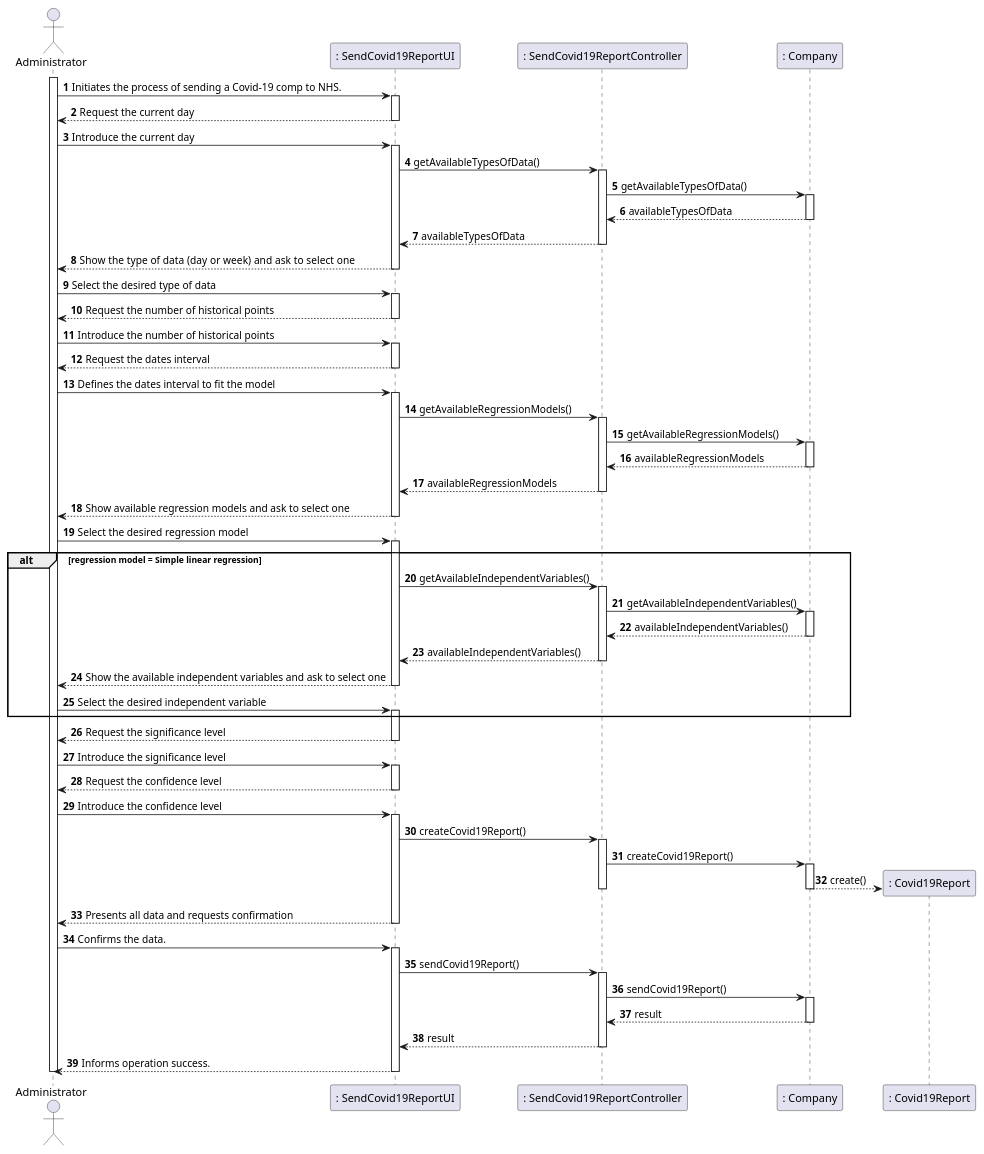
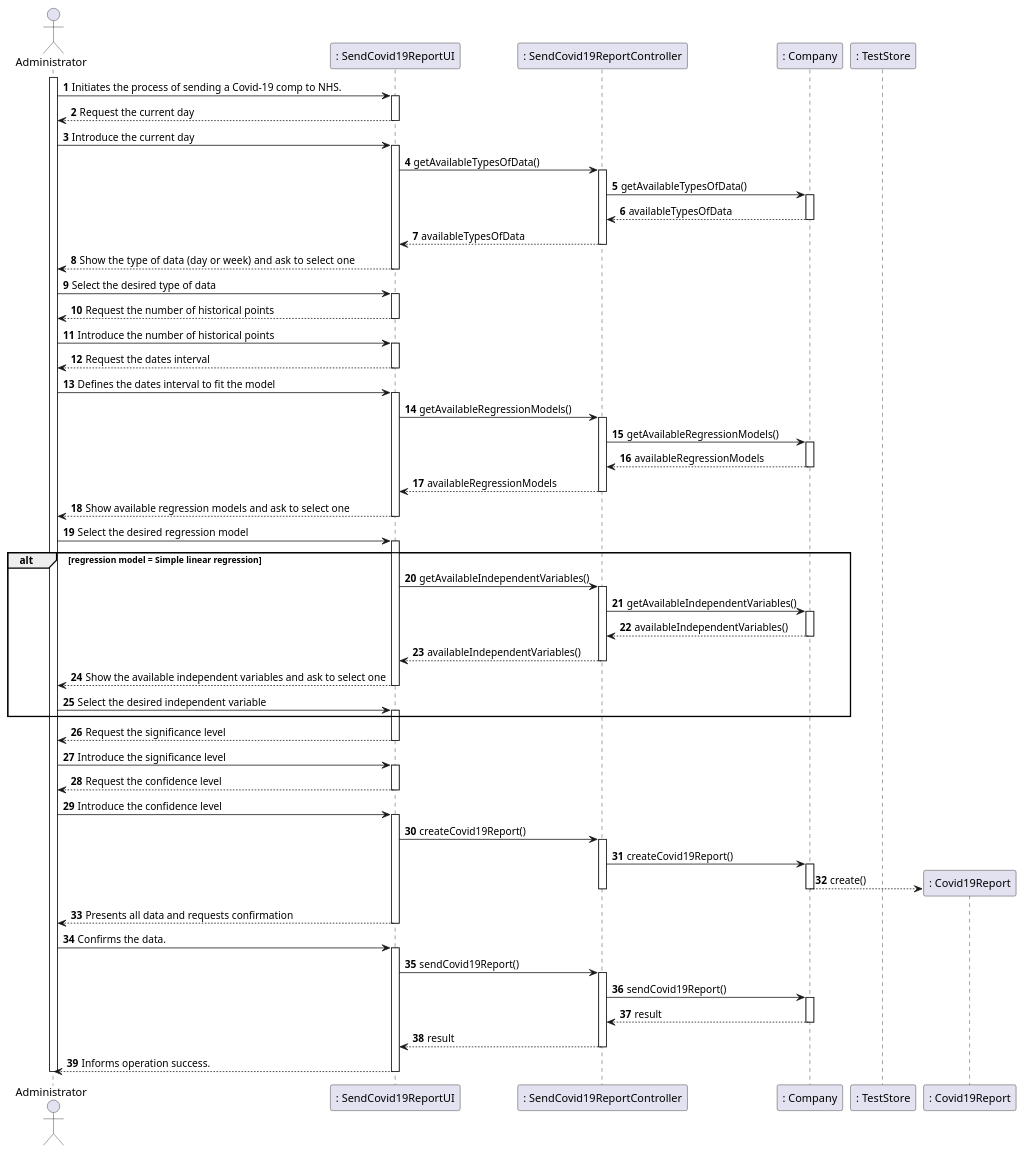
The diagram in docs/SprintD/US18/US18_SD.puml (manu-07-ela/LAPR2_ISEP), drawn with PlantUML before and after one commit. The commit also changed 263 other files, not shown here.

```diff
--- a/docs/SprintD/US18/US18_SD.puml
+++ b/docs/SprintD/US18/US18_SD.puml
@@ -1,107 +1,108 @@
 @startuml
 autonumber
 'hide footbox
 actor "Administrator" as ADMIN
 
 participant ": SendCovid19ReportUI" as UI
 participant ": SendCovid19ReportController" as CTRL
 participant ": Company" as comp
+participant ": TestStore" as store
 participant ": Covid19Report" as report
 
 activate ADMIN
 ADMIN -> UI : Initiates the process of sending a Covid-19 comp to NHS.
 activate UI
 UI --> ADMIN : Request the current day
 deactivate UI
 
 ADMIN -> UI : Introduce the current day
 activate UI
 UI -> CTRL : getAvailableTypesOfData()
 activate CTRL
 CTRL -> comp : getAvailableTypesOfData()
 activate comp
 comp --> CTRL : availableTypesOfData
 deactivate comp
 CTRL --> UI : availableTypesOfData
 deactivate CTRL
 UI --> ADMIN : Show the type of data (day or week)  and ask to select one
 deactivate UI
 
 ADMIN -> UI : Select the desired type of data
 activate UI
 UI --> ADMIN : Request the number of historical points
 deactivate UI
 
 ADMIN -> UI : Introduce the number of historical points
 activate UI
 
 UI --> ADMIN : Request the dates interval
 deactivate UI
 
 ADMIN -> UI : Defines the dates interval to fit the model
 activate UI
 UI -> CTRL : getAvailableRegressionModels()
 activate CTRL
 CTRL -> comp : getAvailableRegressionModels()
 activate comp
 comp --> CTRL : availableRegressionModels
 deactivate comp
 CTRL --> UI : availableRegressionModels
 deactivate CTRL
 UI --> ADMIN : Show available regression models and ask to select one
 deactivate UI
 
 ADMIN-> UI : Select the desired regression model
 activate UI
 alt regression model = Simple linear regression
 UI -> CTRL : getAvailableIndependentVariables()
 activate CTRL
 CTRL -> comp : getAvailableIndependentVariables()
 activate comp
 comp --> CTRL : availableIndependentVariables()
 deactivate comp
 CTRL --> UI : availableIndependentVariables()
 deactivate CTRL
 UI --> ADMIN : Show the available independent variables and ask to select one
 deactivate UI
 ADMIN-> UI : Select the desired independent variable
 activate UI
 end
 
 UI --> ADMIN : Request the significance level
 deactivate UI
 
 ADMIN -> UI : Introduce the significance level
 activate UI
 
 UI --> ADMIN : Request the confidence level
 deactivate UI
 
 ADMIN -> UI : Introduce the confidence level
 activate UI
 UI -> CTRL : createCovid19Report()
 activate CTRL
 CTRL -> comp : createCovid19Report()
 activate comp
 comp --> report** :create()
 deactivate comp
 deactivate CTRL
 UI --> ADMIN :  Presents all data and requests confirmation
 deactivate UI
 
 ADMIN -> UI : Confirms the data.
 activate UI
 UI -> CTRL : sendCovid19Report()
 activate CTRL
 CTRL -> comp : sendCovid19Report()
 activate comp
 comp --> CTRL : result
 deactivate comp
 CTRL --> UI : result
 deactivate CTRL
 UI --> ADMIN : Informs operation success.
 deactivate UI
 
 deactivate ADMIN
 
 @enduml
```
